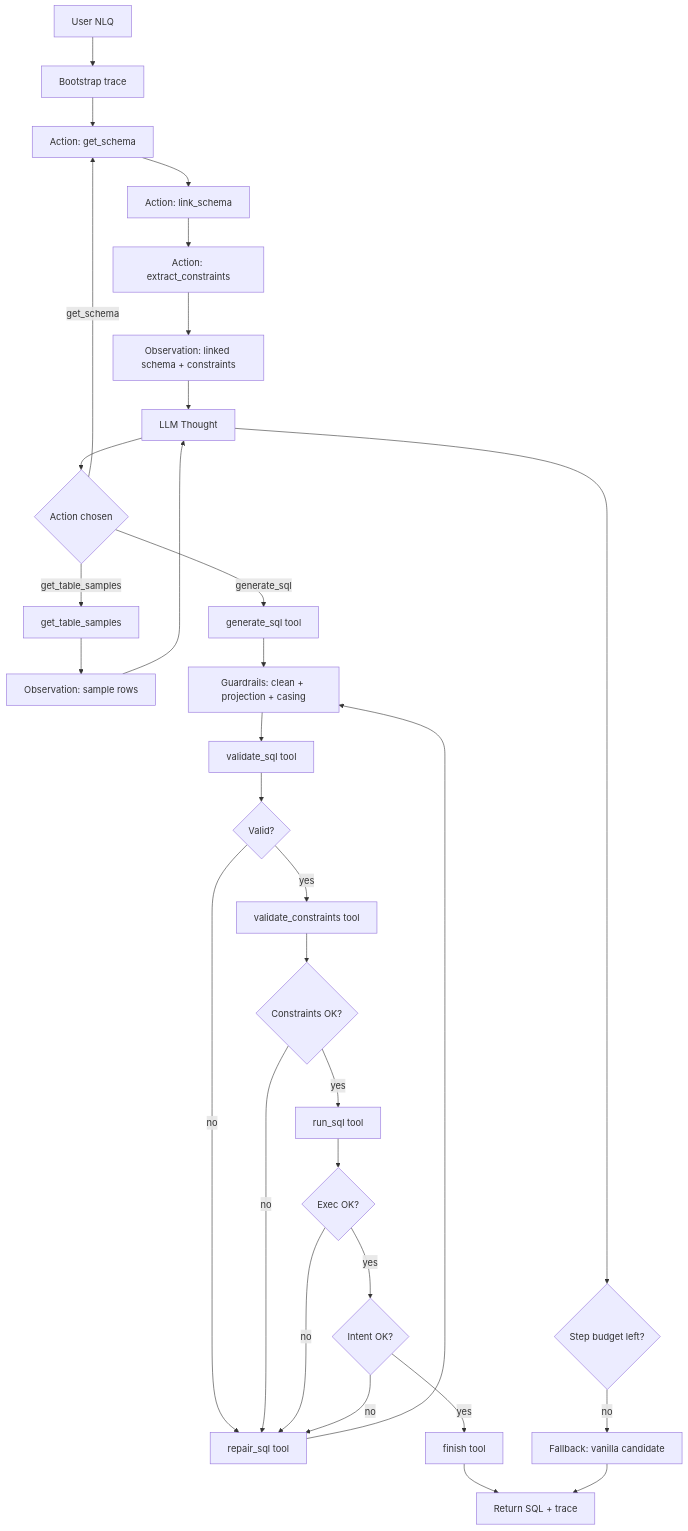
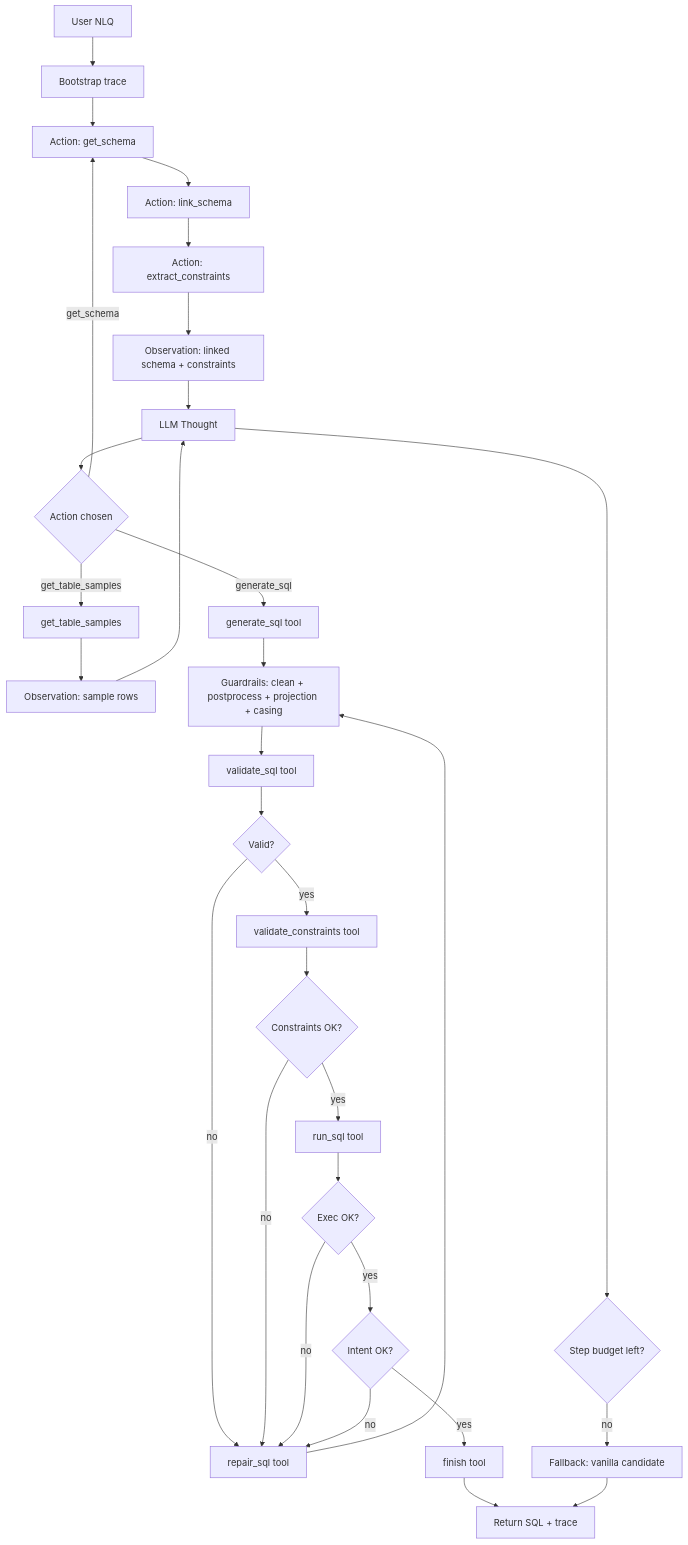
One commit to MacKenzieOBrian/NLtoSQL changed the diagram in 7_REACT_DIAGRAMS.md. Above: the diagram before and after it, drawn with Mermaid. The commit also changed other lines of this file and 17 other files, not shown here.

````diff
--- a/7_REACT_DIAGRAMS.md
+++ b/7_REACT_DIAGRAMS.md
@@ -11,39 +8,39 @@
 ```mermaid
 flowchart TD
   A[User NLQ] --> B[Bootstrap trace]
   B --> B1[Action: get_schema]
   B1 --> LS[Action: link_schema]
   LS --> EC[Action: extract_constraints]
   EC --> B2[Observation: linked schema + constraints]
   B2 --> C[LLM Thought]
 
   C --> D{Action chosen}
   D -->|get_table_samples| S[get_table_samples]
   S --> S1[Observation: sample rows]
   S1 --> C
 
   D -->|get_schema| B1
 
   D -->|generate_sql| G[generate_sql tool]
-  G --> H[Guardrails: clean + projection + casing]
+  G --> H[Guardrails: clean + postprocess + projection + casing]
   H --> V[validate_sql tool]
   V --> VQ{Valid?}
   VQ -->|no| R[repair_sql tool]
   R --> H
 
   VQ -->|yes| VC[validate_constraints tool]
   VC --> VCQ{Constraints OK?}
   VCQ -->|no| R
   VCQ -->|yes| X[run_sql tool]
   X --> XQ{Exec OK?}
   XQ -->|no| R
   XQ -->|yes| I{Intent OK?}
   I -->|no| R
   I -->|yes| F[finish tool]
 
   F --> Z[Return SQL + trace]
 
   C --> SB{Step budget left?}
   SB -->|no| FB[Fallback: vanilla candidate]
   FB --> Z
 ```
````
